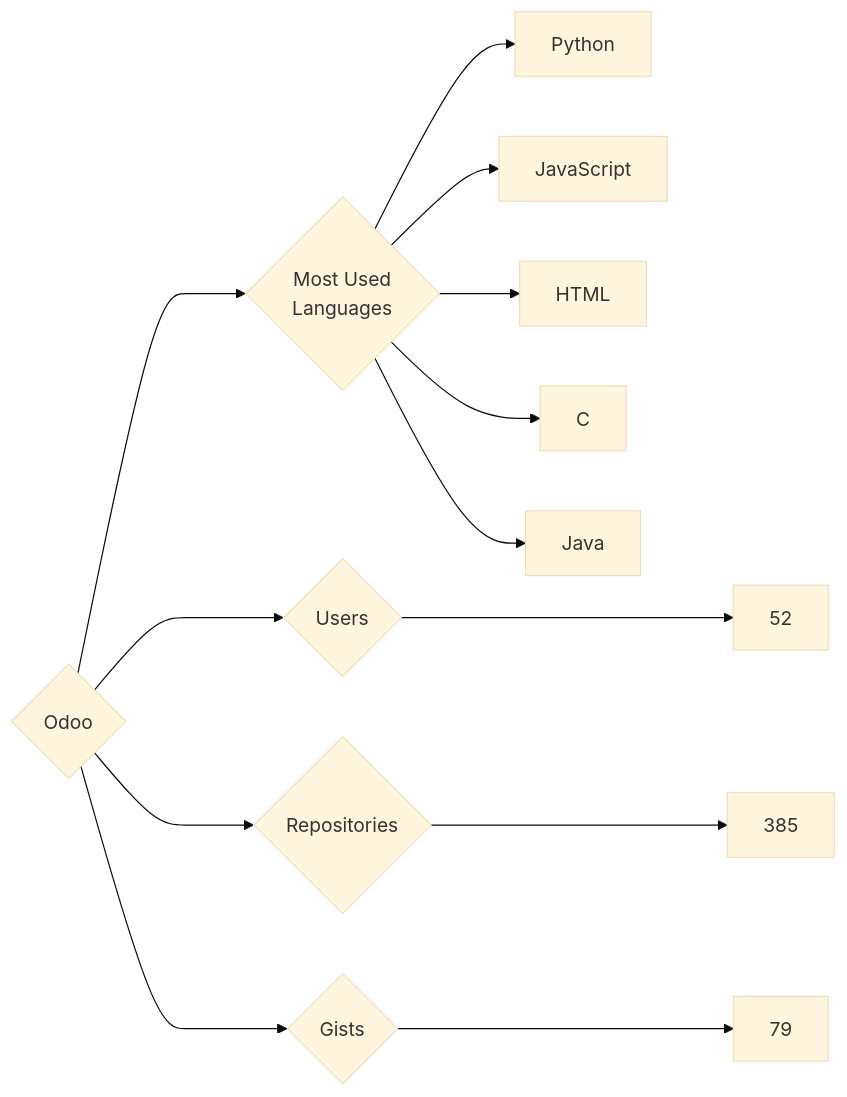
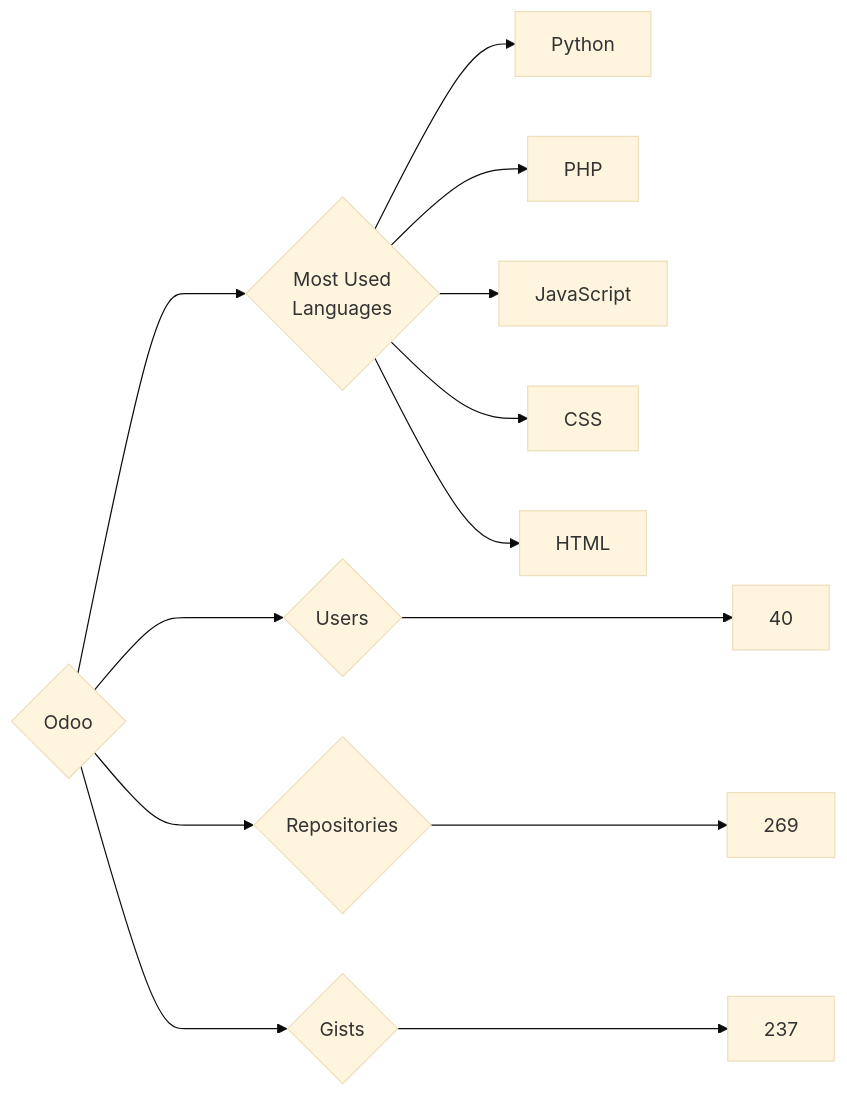
One commit to trickest/insiders changed the diagram in targets/Odoo/README.md. Above: the diagram before and after it, drawn with Mermaid (base theme). The commit also changed 582 other files, not shown here.

````diff
--- a/targets/Odoo/README.md
+++ b/targets/Odoo/README.md
@@ -3,13 +3,13 @@
 ```mermaid
 graph LR
 COMPANY_NAME{Odoo}
-COMPANY_NAME ---> U{Users} ---> UN[52]
-COMPANY_NAME ---> R{Repositories} ---> RN[385]
-COMPANY_NAME ---> G{Gists} ---> GN[79]
+COMPANY_NAME ---> U{Users} ---> UN[40]
+COMPANY_NAME ---> R{Repositories} ---> RN[269]
+COMPANY_NAME ---> G{Gists} ---> GN[237]
 COMPANY_NAME ---> ML{Most Used<br>Languages}
 ML --> Python[Python]
+ML --> PHP[PHP]
 ML --> JavaScript[JavaScript]
+ML --> CSS[CSS]
 ML --> HTML[HTML]
-ML --> C[C]
-ML --> Java[Java]
 ```
````
